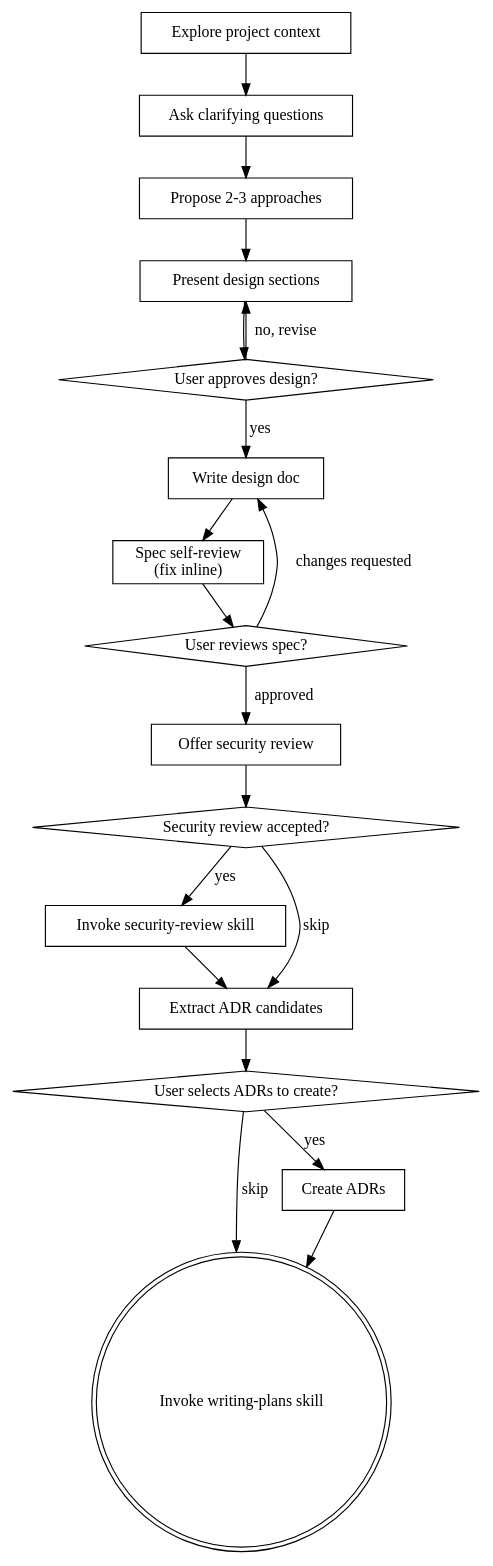
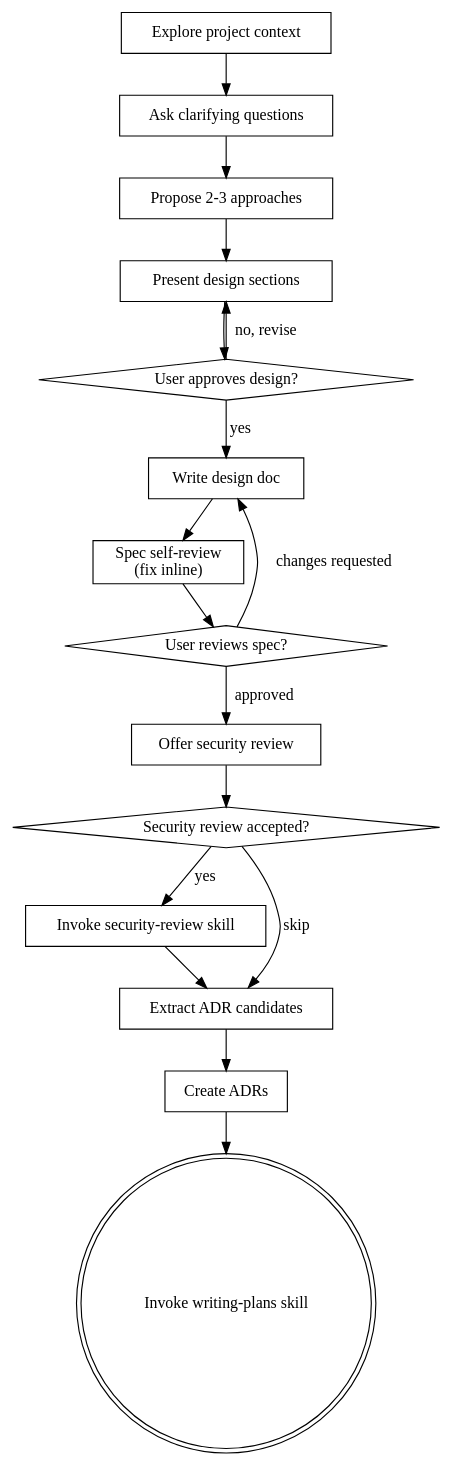
Before and after one commit to dgdev25/superpowers: the diagram in skills/brainstorming/SKILL.md, drawn with Graphviz. The commit also changed other lines of this file, not shown here.

First line of the commit message:
fix(brainstorming): mandate ADR creation — remove all optional paths

````diff
--- a/skills/brainstorming/SKILL.md
+++ b/skills/brainstorming/SKILL.md
@@ -39,38 +39,35 @@
 ```dot
 digraph brainstorming {
     "Explore project context" [shape=box];
     "Ask clarifying questions" [shape=box];
     "Propose 2-3 approaches" [shape=box];
     "Present design sections" [shape=box];
     "User approves design?" [shape=diamond];
     "Write design doc" [shape=box];
     "Spec self-review\n(fix inline)" [shape=box];
     "User reviews spec?" [shape=diamond];
     "Invoke writing-plans skill" [shape=doublecircle];
 
     "Explore project context" -> "Ask clarifying questions";
     "Ask clarifying questions" -> "Propose 2-3 approaches";
     "Propose 2-3 approaches" -> "Present design sections";
     "Present design sections" -> "User approves design?";
     "User approves design?" -> "Present design sections" [label="no, revise"];
     "User approves design?" -> "Write design doc" [label="yes"];
     "Write design doc" -> "Spec self-review\n(fix inline)";
     "Spec self-review\n(fix inline)" -> "User reviews spec?";
     "User reviews spec?" -> "Write design doc" [label="changes requested"];
     "User reviews spec?" -> "Offer security review" [label="approved"];
     "Offer security review" [shape=box];
     "Security review accepted?" [shape=diamond];
     "Invoke security-review skill" [shape=box];
     "Extract ADR candidates" [shape=box];
-    "User selects ADRs to create?" [shape=diamond];
     "Create ADRs" [shape=box];
     "Offer security review" -> "Security review accepted?";
     "Security review accepted?" -> "Invoke security-review skill" [label="yes"];
     "Security review accepted?" -> "Extract ADR candidates" [label="skip"];
     "Invoke security-review skill" -> "Extract ADR candidates";
-    "Extract ADR candidates" -> "User selects ADRs to create?";
-    "User selects ADRs to create?" -> "Create ADRs" [label="yes"];
-    "User selects ADRs to create?" -> "Invoke writing-plans skill" [label="skip"];
+    "Extract ADR candidates" -> "Create ADRs";
     "Create ADRs" -> "Invoke writing-plans skill";
 }
 ```
````
